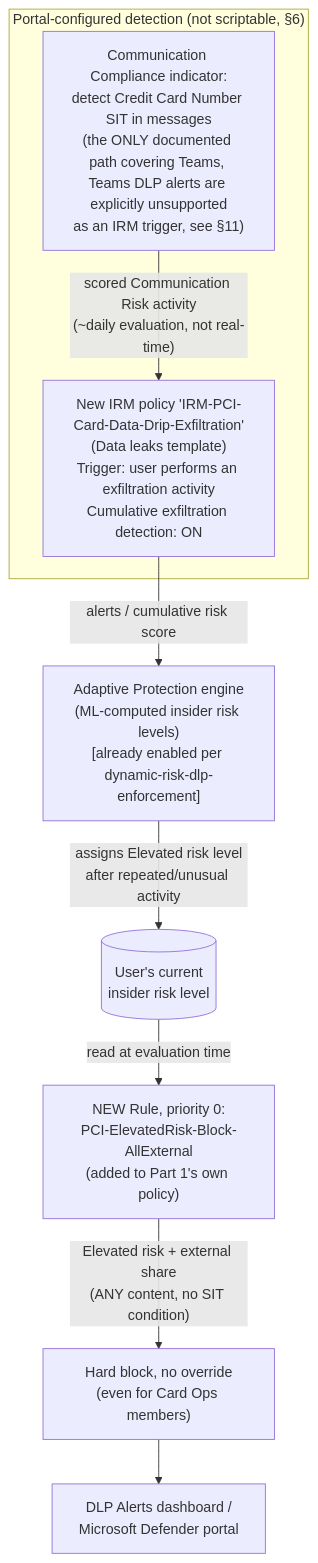
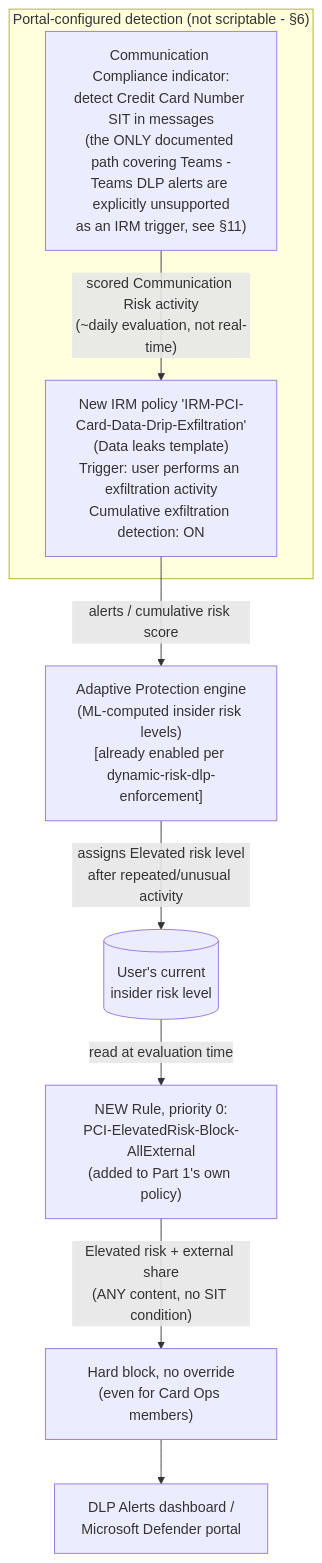
One commit to kpsec1/kpsec1.github.io changed the diagram in src/content/scenarios/dlp/pci-teams-exfil-block-part2-obfuscation-mitigation.md. Above: the diagram before and after it, drawn with Mermaid. The commit also changed other lines of this file and 374 other files, not shown here.

````diff
--- a/src/content/scenarios/dlp/pci-teams-exfil-block-part2-obfuscation-mitigation.md
+++ b/src/content/scenarios/dlp/pci-teams-exfil-block-part2-obfuscation-mitigation.md
@@ -65,13 +65,13 @@
 ```mermaid
 flowchart TD
-    subgraph Detect["Portal-configured detection (not scriptable, §6)"]
-        CC["Communication Compliance indicator:\ndetect Credit Card Number SIT in messages\n(the ONLY documented path covering Teams, \nTeams DLP alerts are explicitly unsupported\nas an IRM trigger, see §11)"]
+    subgraph Detect["Portal-configured detection (not scriptable - §6)"]
+        CC["Communication Compliance indicator:\ndetect Credit Card Number SIT in messages\n(the ONLY documented path covering Teams -\nTeams DLP alerts are explicitly unsupported\nas an IRM trigger, see §11)"]
         IRM["New IRM policy 'IRM-PCI-Card-Data-Drip-Exfiltration'\n(Data leaks template)\nTrigger: user performs an exfiltration activity\nCumulative exfiltration detection: ON"]
         CC -->|"scored Communication Risk activity\n(~daily evaluation, not real-time)"| IRM
     end
     IRM -->|alerts / cumulative risk score| APEngine["Adaptive Protection engine\n(ML-computed insider risk levels)\n[already enabled per dynamic-risk-dlp-enforcement]"]
     APEngine -->|"assigns Elevated risk level\nafter repeated/unusual activity"| RiskLevel[("User's current\ninsider risk level")]
     RiskLevel -->|"read at evaluation time"| NewRule["NEW Rule, priority 0:\nPCI-ElevatedRisk-Block-AllExternal\n(added to Part 1's own policy)"]
     NewRule -->|"Elevated risk + external share\n(ANY content, no SIT condition)"| Block["Hard block, no override\n(even for Card Ops members)"]
     Block --> Reports["DLP Alerts dashboard /\nMicrosoft Defender portal"]
 ```
````
